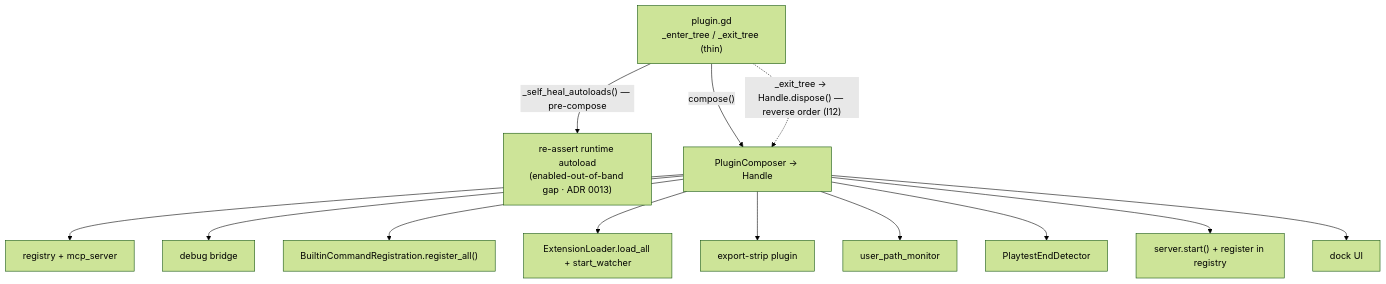
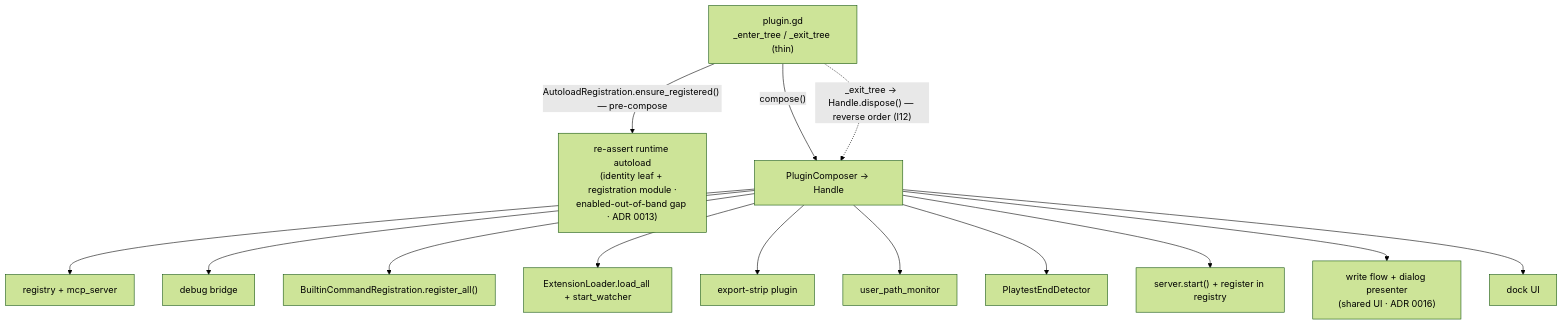
The tenth of 13 diagrams in docs/architecture/README.md (NPGameDev/godot-mcp-toolkit), drawn with Mermaid (forest theme) before and after one commit. The commit also changed other lines of this file, not shown here.

First line of the commit message:
docs(architecture): finalize the 1.0 architecture doc for the full 41n-series delta

````diff
--- a/docs/architecture/README.md
+++ b/docs/architecture/README.md
@@ -453,16 +473,17 @@
 ```mermaid
 flowchart TD
     plugin["plugin.gd<br/>_enter_tree / _exit_tree (thin)"]
-    plugin -->|"_self_heal_autoloads() — pre-compose"| heal["re-assert runtime autoload<br/>(enabled-out-of-band gap · ADR 0013)"]
+    plugin -->|"AutoloadRegistration.ensure_registered() — pre-compose"| heal["re-assert runtime autoload<br/>(identity leaf + registration module ·<br/>enabled-out-of-band gap · ADR 0013)"]
     plugin -->|"compose()"| composer["PluginComposer → Handle"]
     composer --> reg["registry + mcp_server"]
     composer --> bridge["debug bridge"]
     composer --> builtins["BuiltinCommandRegistration.register_all()"]
     composer --> ext["ExtensionLoader.load_all + start_watcher"]
     composer --> exp["export-strip plugin"]
     composer --> mon["user_path_monitor"]
     composer --> detect["PlaytestEndDetector"]
     composer --> start["server.start() + register in registry"]
+    composer --> ui["write flow + dialog presenter<br/>(shared UI · ADR 0016)"]
     composer --> dock["dock UI"]
     plugin -.->|"_exit_tree → Handle.dispose() — reverse order (I12)"| composer
 ```
````
